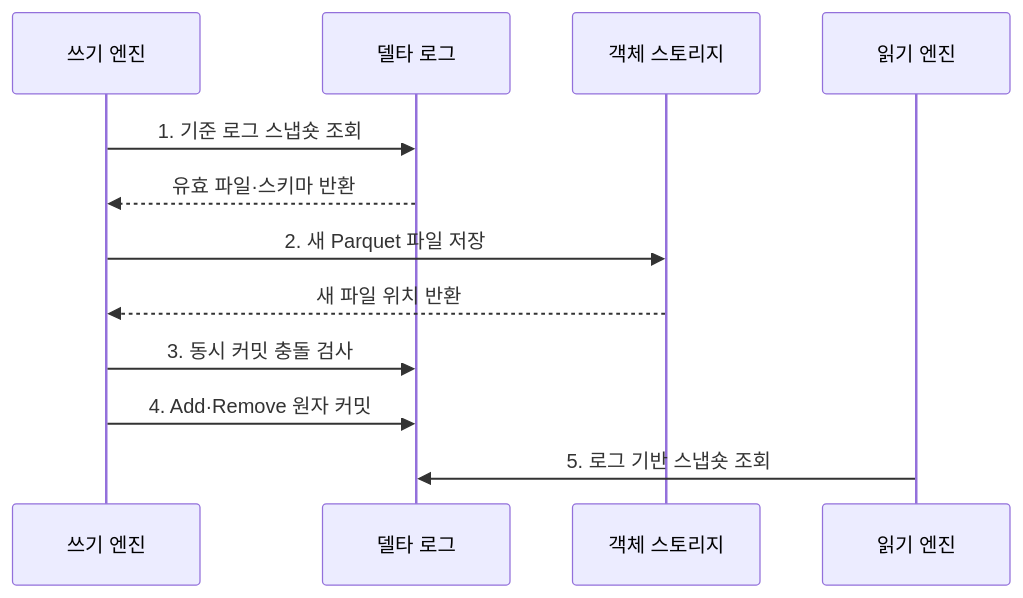
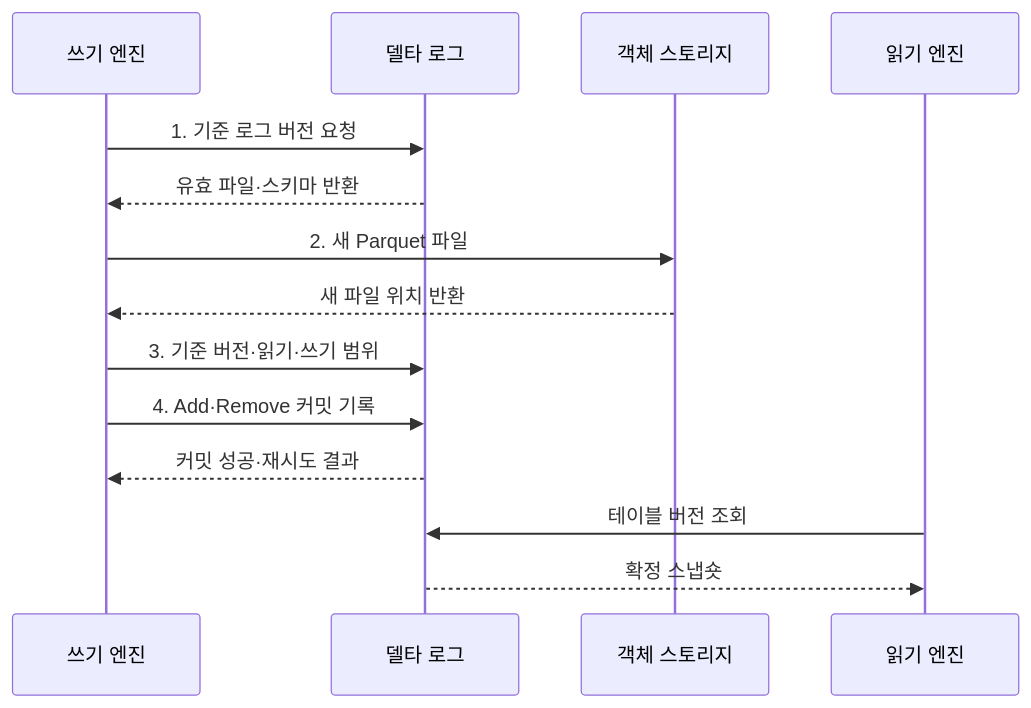
Before and after one commit to agnusdei1207/knowledge-base: the second of 2 diagrams in src/content/docs/notes/03-software/127_delta_lake.md, drawn with Mermaid. The commit also changed other lines of this file and 20 other files, not shown here.

````diff
--- a/src/content/docs/notes/03-software/127_delta_lake.md
+++ b/src/content/docs/notes/03-software/127_delta_lake.md
@@ -82,14 +89,16 @@
 ```mermaid
 sequenceDiagram
     participant W as 쓰기 엔진
     participant L as 델타 로그
     participant D as 객체 스토리지
     participant R as 읽기 엔진
-    W->>L: 1. 기준 로그 스냅숏 조회
+    W->>L: 1. 기준 로그 버전 요청
     L-->>W: 유효 파일·스키마 반환
-    W->>D: 2. 새 Parquet 파일 저장
+    W->>D: 2. 새 Parquet 파일
     D-->>W: 새 파일 위치 반환
-    W->>L: 3. 동시 커밋 충돌 검사
-    W->>L: 4. Add·Remove 원자 커밋
-    R->>L: 5. 로그 기반 스냅숏 조회
+    W->>L: 3. 기준 버전·읽기·쓰기 범위
+    W->>L: 4. Add·Remove 커밋 기록
+    L-->>W: 커밋 성공·재시도 결과
+    R->>L: 테이블 버전 조회
+    L-->>R: 확정 스냅숏
 ```
````
